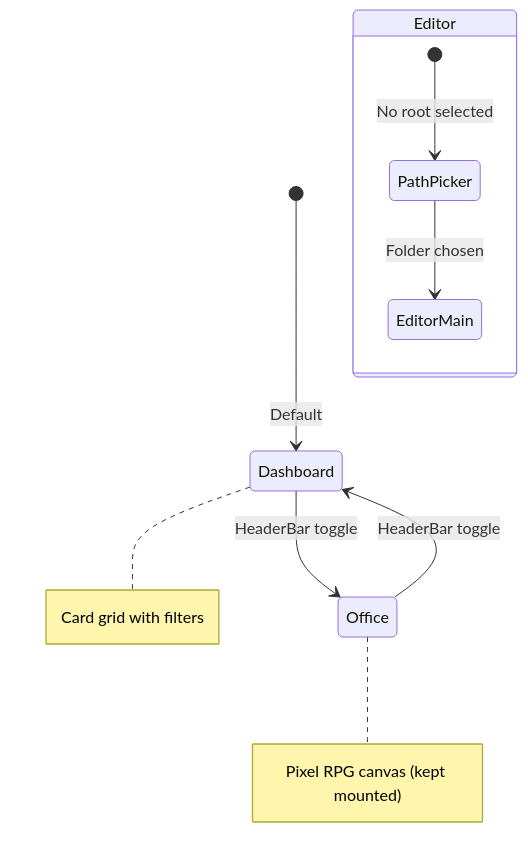
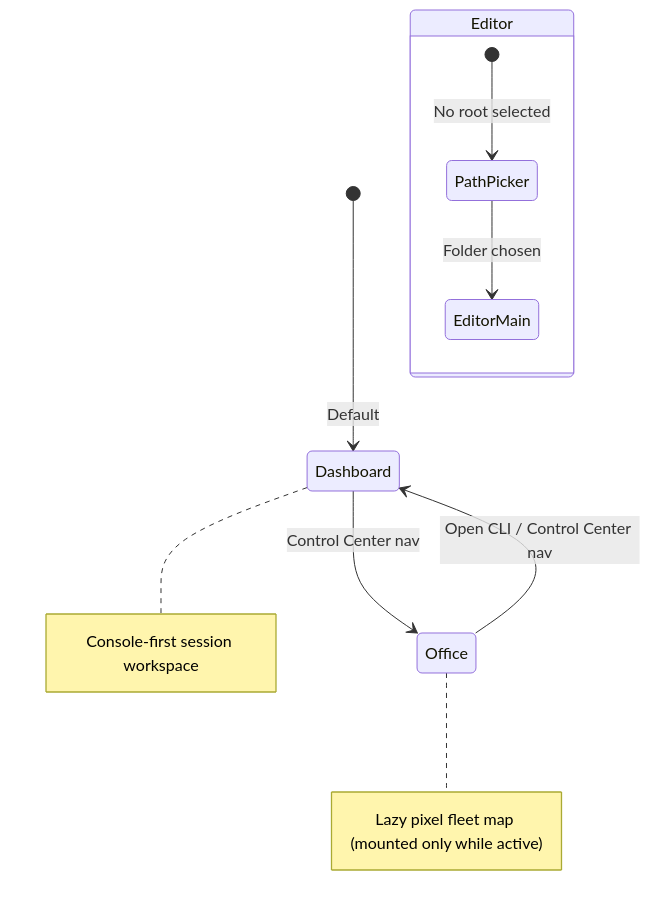
Before and after one commit to Nahom-Kefelegne/AgentMatrix: the second of 7 diagrams in docs/design/frontend-ui.md, drawn with Mermaid. The commit also changed other lines of this file and 36 other files, not shown here.

First line of the commit message:
Integrate Office and add Plan Canvas

````diff
--- a/docs/design/frontend-ui.md
+++ b/docs/design/frontend-ui.md
@@ -142,14 +145,14 @@
 ```mermaid
 stateDiagram-v2
     [*] --> Dashboard : Default
-    Dashboard --> Office : HeaderBar toggle
-    Office --> Dashboard : HeaderBar toggle
+    Dashboard --> Office : Control Center nav
+    Office --> Dashboard : Open CLI / Control Center nav
 
-    note right of Dashboard : Card grid with filters
-    note right of Office : Pixel RPG canvas (kept mounted)
+    note right of Dashboard : Console-first session workspace
+    note right of Office : Lazy pixel fleet map (mounted only while active)
 
     state Editor {
         [*] --> PathPicker : No root selected
         PathPicker --> EditorMain : Folder chosen
     }
 ```
````
